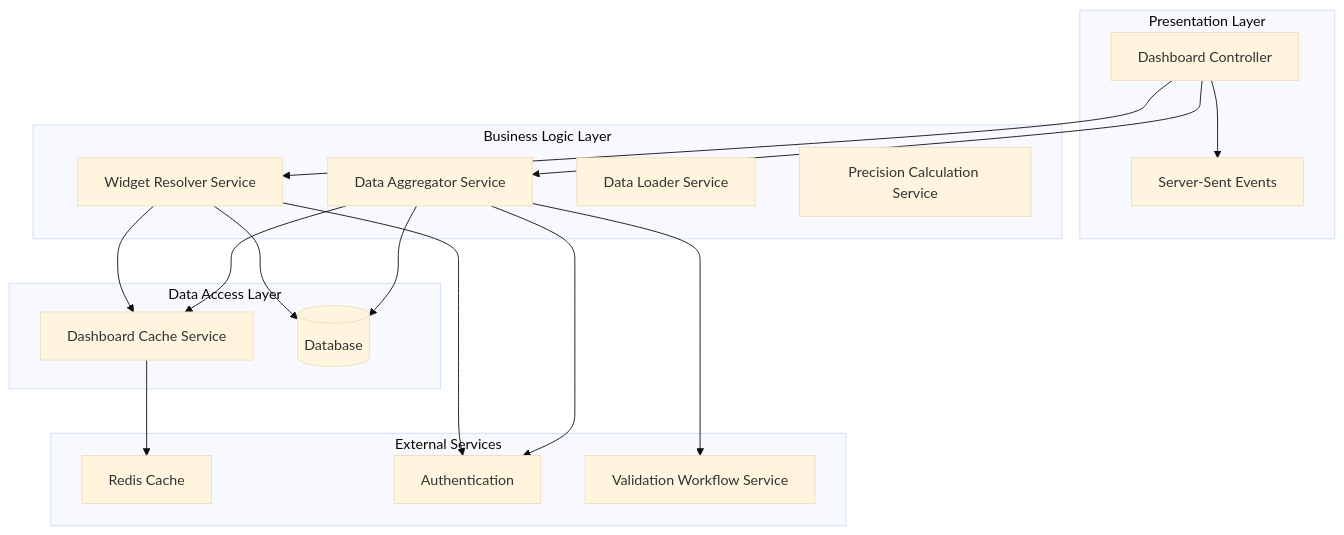
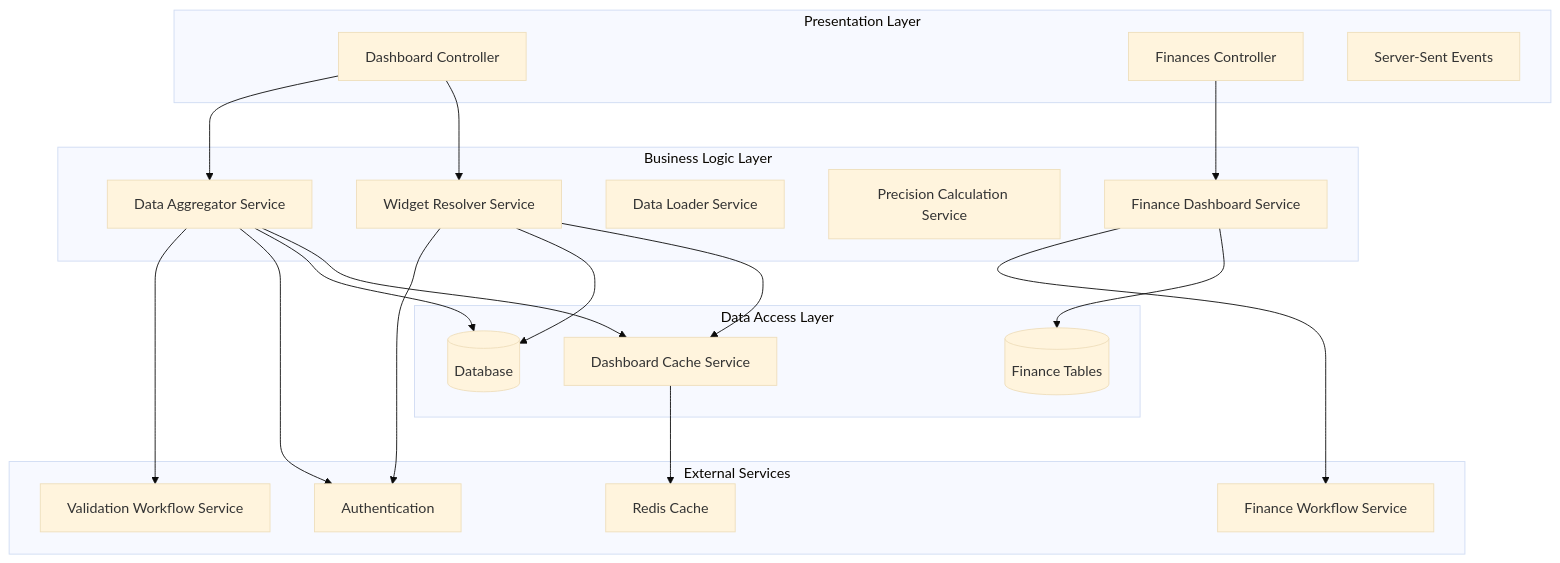
Before and after one commit to franckylab/eLISAschool: the first of 11 diagrams in .qoder/repowiki/en/content/Modules & Features/Dashboard System Implementation.md, drawn with Mermaid (base theme). The commit also changed other lines of this file and 236 other files, not shown here.

````diff
--- a/.qoder/repowiki/en/content/Modules & Features/Dashboard System Implementation.md
+++ b/.qoder/repowiki/en/content/Modules & Features/Dashboard System Implementation.md
@@ -54,33 +58,39 @@
 ```mermaid
 graph TB
 subgraph "Presentation Layer"
 Controller[Dashboard Controller]
+FinancesController[Finances Controller]
 SSE[Server-Sent Events]
 end
 subgraph "Business Logic Layer"
 WidgetResolver[Widget Resolver Service]
 DataAggregator[Data Aggregator Service]
 DataLoader[Data Loader Service]
 Precalc[Precision Calculation Service]
+FinanceDashboard[Finance Dashboard Service]
 end
 subgraph "Data Access Layer"
 Cache[Dashboard Cache Service]
 DB[(Database)]
+FinanceDB[(Finance Tables)]
 end
 subgraph "External Services"
 Redis[Redis Cache]
 Auth[Authentication]
 Validation[Validation Workflow Service]
+FinanceWorkflow[Finance Workflow Service]
 end
 Controller --> WidgetResolver
 Controller --> DataAggregator
-Controller --> SSE
+FinancesController --> FinanceDashboard
 WidgetResolver --> Cache
 DataAggregator --> Cache
+FinanceDashboard --> FinanceDB
 WidgetResolver --> DB
 DataAggregator --> DB
 Cache --> Redis
 WidgetResolver --> Auth
 DataAggregator --> Auth
 DataAggregator --> Validation
+FinanceDashboard --> FinanceWorkflow
 ```
````
